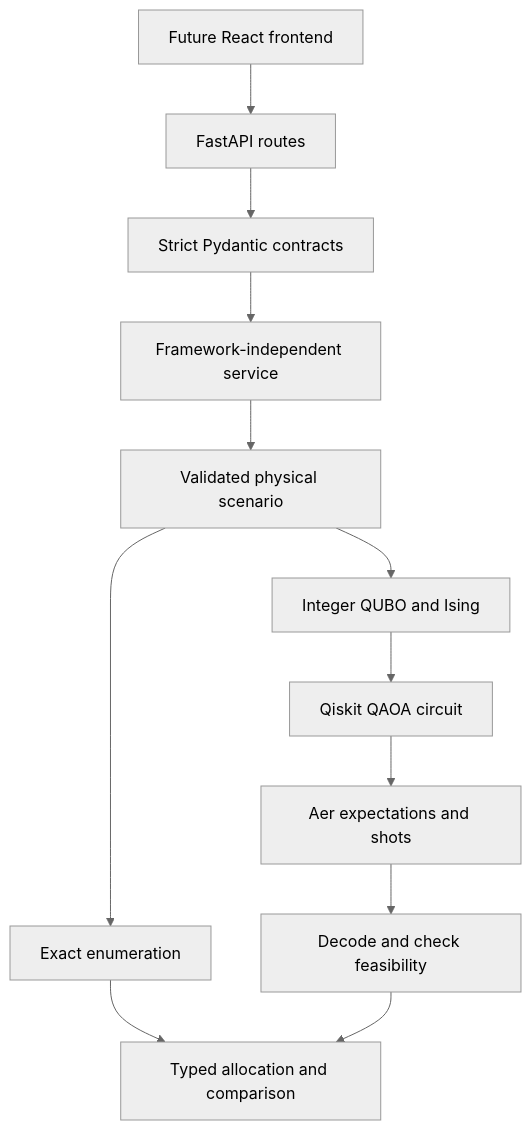
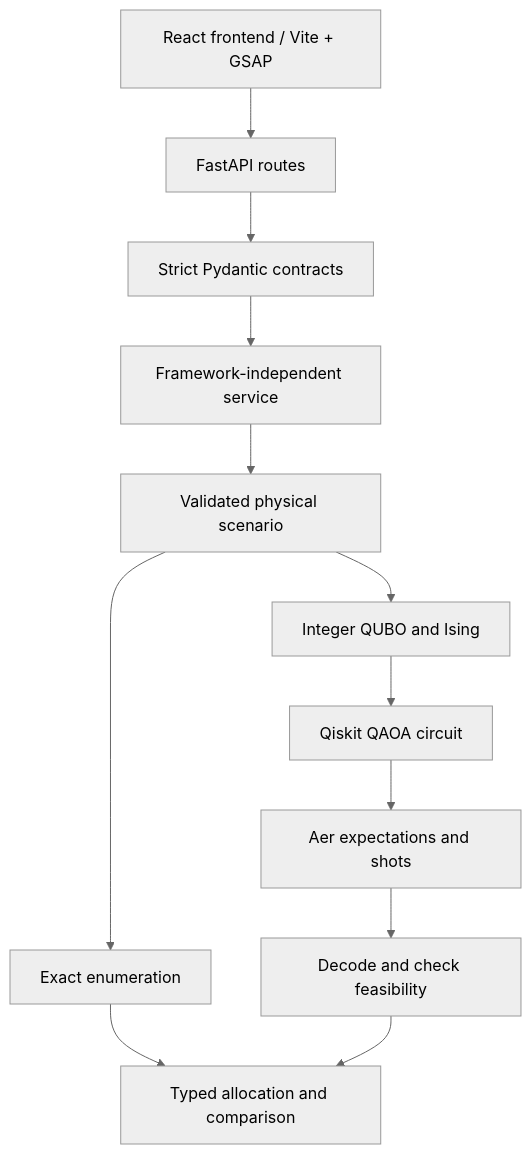
The diagram in docs/ARCHITECTURE.md (SabihaAbidd/anavo), drawn with Mermaid (neutral theme) before and after one commit. The commit also changed other lines of this file and 31 other files, not shown here.

Commit message:
feat: add neon pixel React frontend with live solver comparison

````diff
--- a/docs/ARCHITECTURE.md
+++ b/docs/ARCHITECTURE.md
@@ -3,14 +3,14 @@
 ```mermaid
 flowchart TD
-    Future["Future React frontend"] --> API["FastAPI routes"]
+    Future["React frontend / Vite + GSAP"] --> API["FastAPI routes"]
     API --> Schemas["Strict Pydantic contracts"]
     Schemas --> Service["Framework-independent service"]
     Service --> Model["Validated physical scenario"]
     Model --> Exact["Exact enumeration"]
     Model --> Qubo["Integer QUBO and Ising"]
     Qubo --> Circuit["Qiskit QAOA circuit"]
     Circuit --> Aer["Aer expectations and shots"]
     Aer --> Check["Decode and check feasibility"]
     Exact --> Compare["Typed allocation and comparison"]
     Check --> Compare
 ```
````
